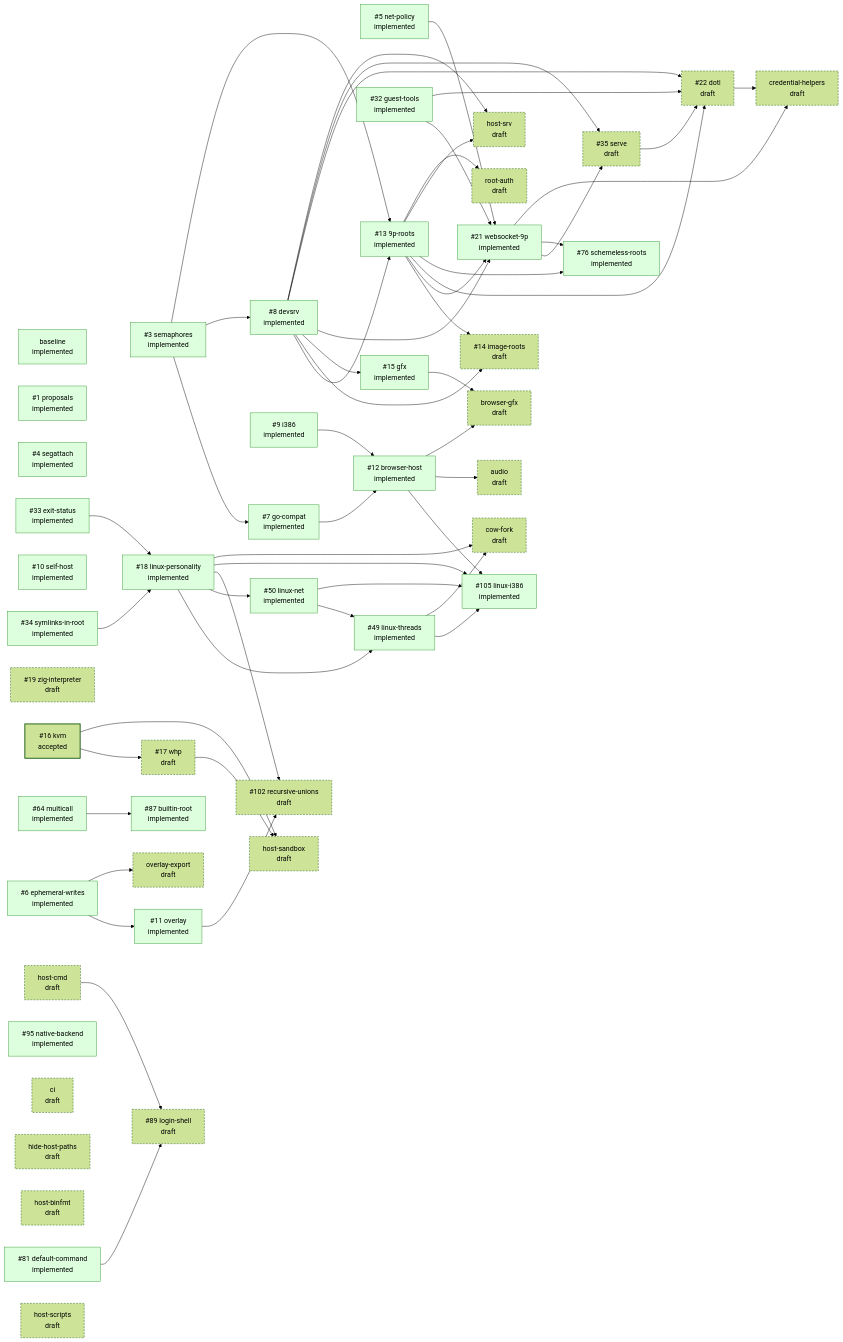
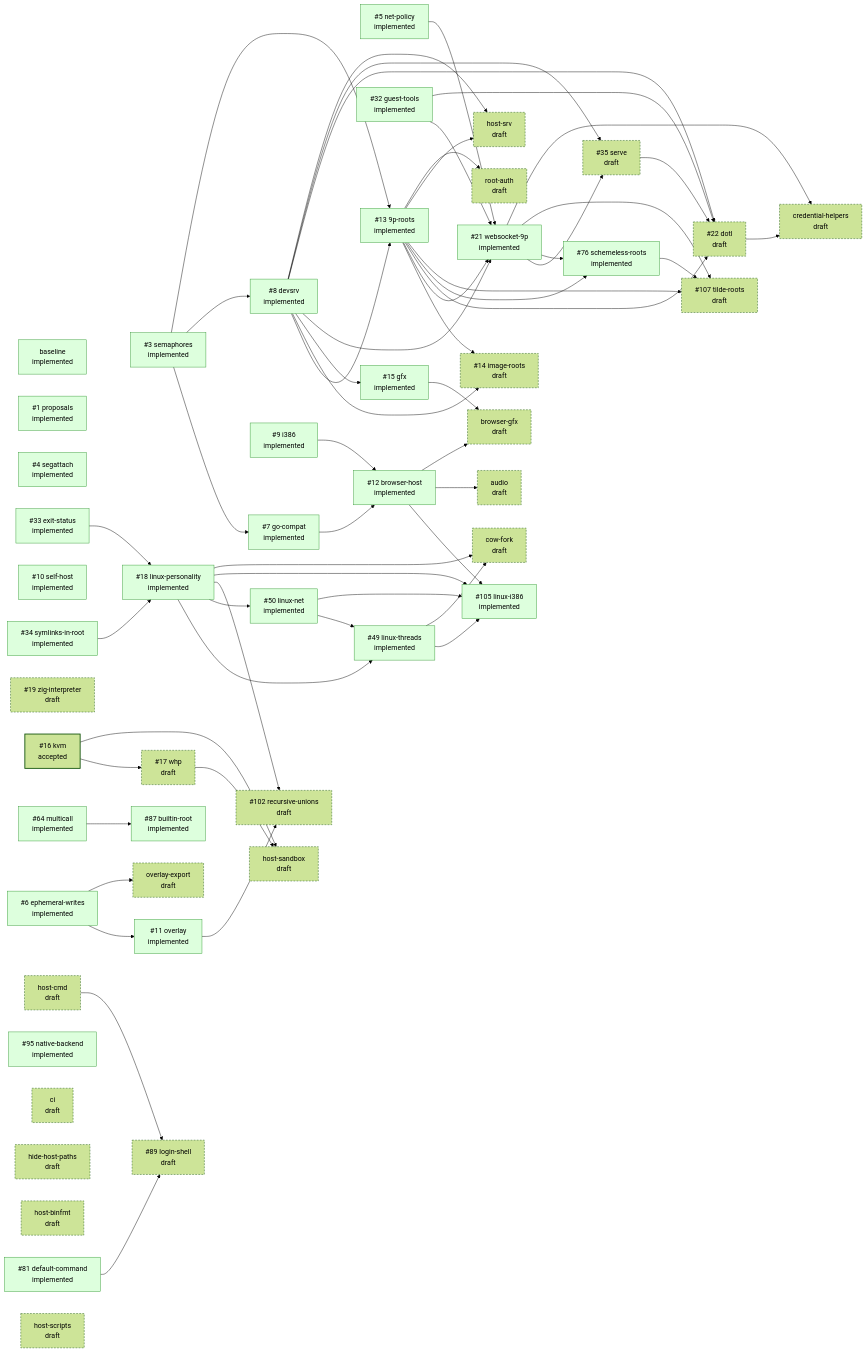
Before and after one commit to progrium/hyper9: the diagram in design/STATUS.md, drawn with Mermaid (forest theme). The commit also changed other lines of this file, not shown here.

Commit message:
design: regenerate STATUS.md

```diff
--- a/design/STATUS.md
+++ b/design/STATUS.md
@@ -96,6 +97,7 @@
   p_native_backend["#35;95 native-backend<br/>implemented"]:::implemented
   p_recursive_unions["#35;102 recursive-unions<br/>draft"]:::draft
   p_linux_i386["#35;105 linux-i386<br/>implemented"]:::implemented
+  p_tilde_roots["#35;107 tilde-roots<br/>draft"]:::draft
   p_audio["audio<br/>draft"]:::draft
   p_browser_gfx["browser-gfx<br/>draft"]:::draft
   p_ci["ci<br/>draft"]:::draft
@@ -146,6 +148,9 @@
   p_linux_threads --> p_linux_i386
   p_linux_net --> p_linux_i386
   p_browser_host --> p_linux_i386
+  p_9p_roots --> p_tilde_roots
+  p_websocket_9p --> p_tilde_roots
+  p_schemeless_roots --> p_tilde_roots
   p_browser_host --> p_audio
   p_browser_host --> p_browser_gfx
   p_gfx --> p_browser_gfx
```
